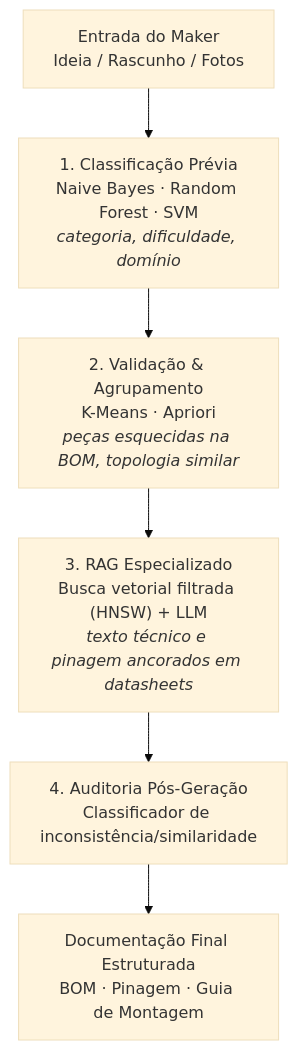
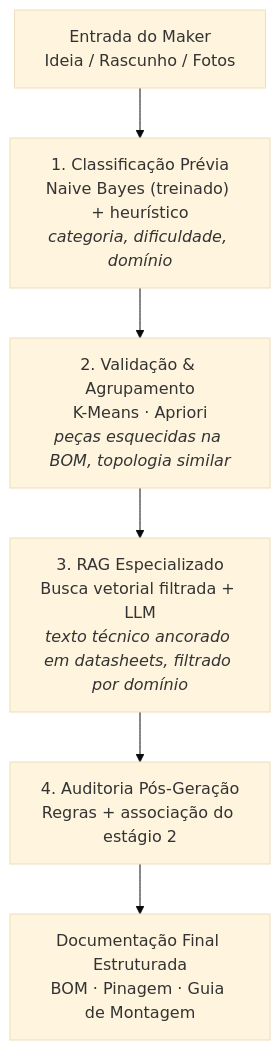
The diagram in README.md (Froesv85/Master-Labs), drawn with Mermaid (base theme) before and after one commit. The commit also changed other lines of this file and 26 other files, not shown here.

````diff
--- a/README.md
+++ b/README.md
@@ -160,8 +161,8 @@
 ```mermaid
 graph TD
-    A["Entrada do Maker<br/>Ideia / Rascunho / Fotos"] --> B["1. Classificação Prévia<br/>Naive Bayes · Random Forest · SVM<br/><i>categoria, dificuldade, domínio</i>"]
+    A["Entrada do Maker<br/>Ideia / Rascunho / Fotos"] --> B["1. Classificação Prévia<br/>Naive Bayes (treinado) + heurístico<br/><i>categoria, dificuldade, domínio</i>"]
     B --> C["2. Validação & Agrupamento<br/>K-Means · Apriori<br/><i>peças esquecidas na BOM, topologia similar</i>"]
-    C --> D["3. RAG Especializado<br/>Busca vetorial filtrada (HNSW) + LLM<br/><i>texto técnico e pinagem ancorados em datasheets</i>"]
-    D --> E["4. Auditoria Pós-Geração<br/>Classificador de inconsistência/similaridade"]
+    C --> D["3. RAG Especializado<br/>Busca vetorial filtrada + LLM<br/><i>texto técnico ancorado em datasheets, filtrado por domínio</i>"]
+    D --> E["4. Auditoria Pós-Geração<br/>Regras + associação do estágio 2"]
     E --> F["Documentação Final Estruturada<br/>BOM · Pinagem · Guia de Montagem"]
 ```
````
